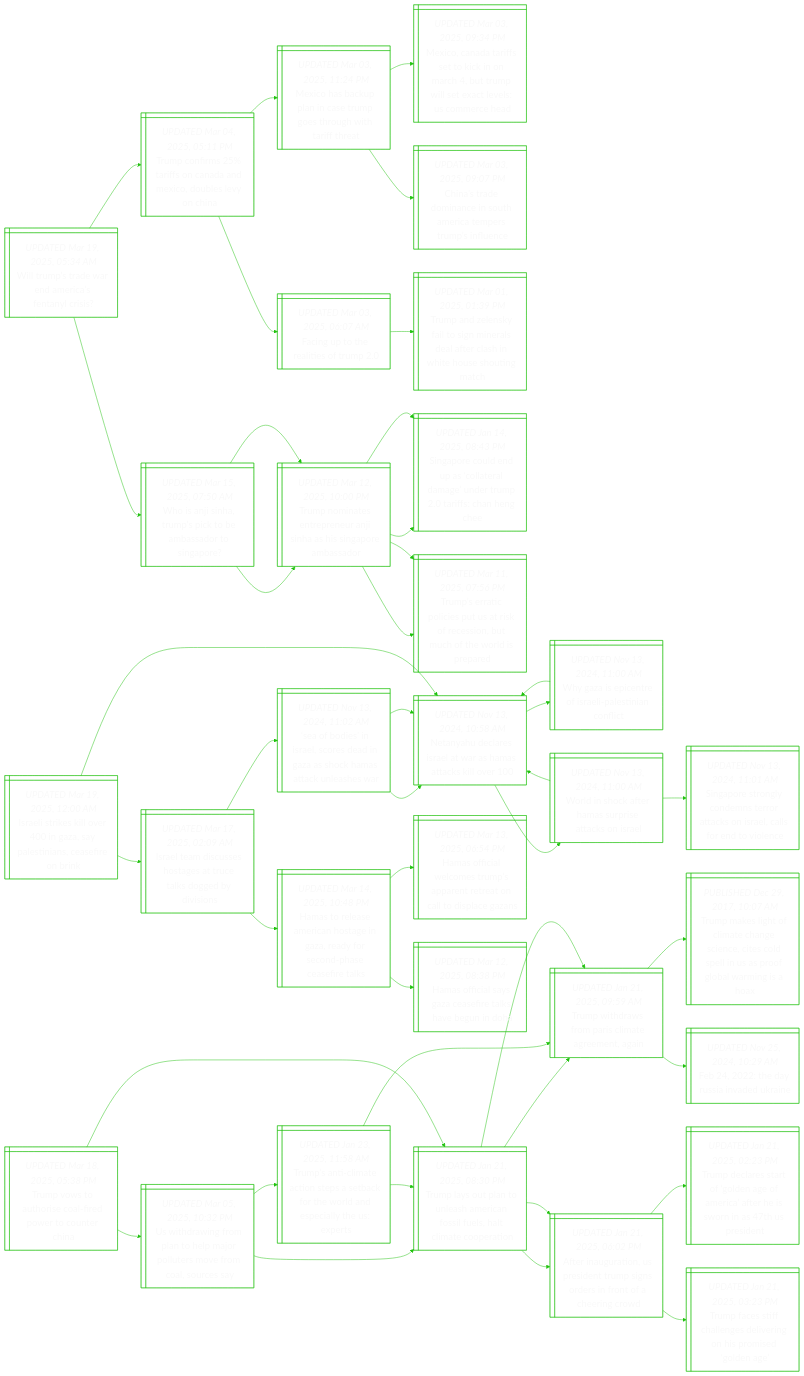
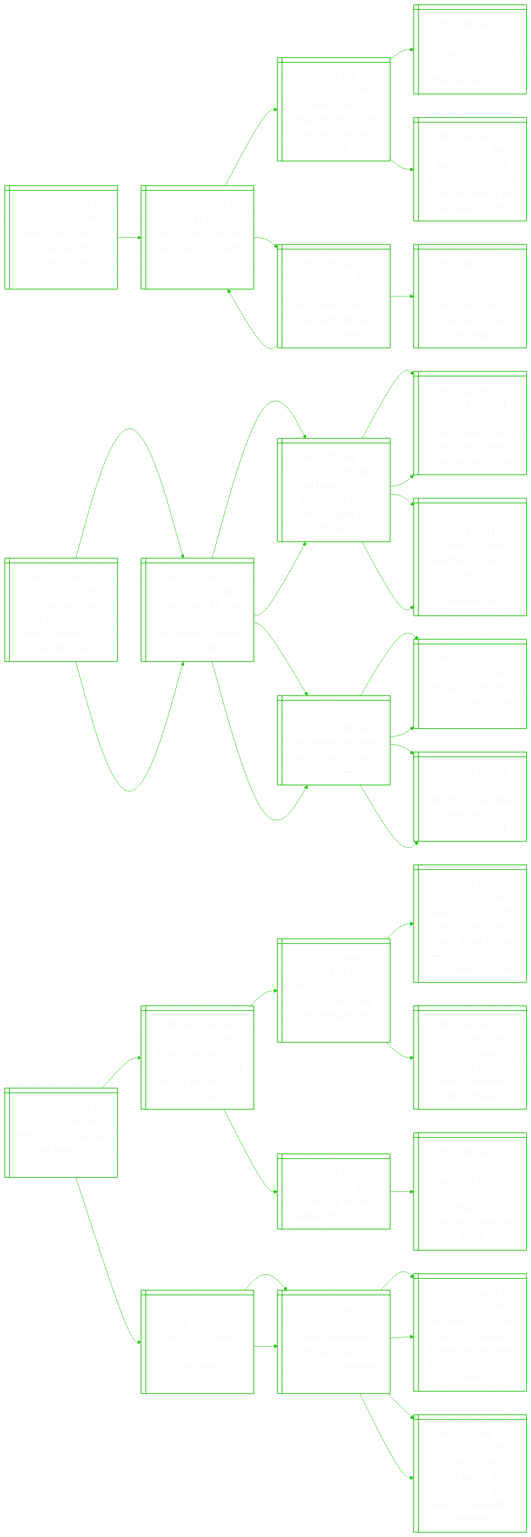
Before and after one commit to notJmes/notJmes: the diagram in README.md, drawn with Mermaid. The commit also changed other lines of this file, not shown here.

````diff
--- a/README.md
+++ b/README.md
@@ -15,6 +15,77 @@
 %%{init: {'theme':'base', 'themeVariables': {'primaryColor': "transparent", 'primaryTextColor': "#F9F9F9", 'lineColor': "#20C20E", 'primaryBorderColor':'#20C20E'}}}%%
 flowchart LR
 classDef txtsize font-size:20px;
+
+TPpcuhtofcfni@{ shape: win-pane, label: "_UPDATED Mar 19, 2025, 11:58 AM_
+Trump-putin phone call: russia had little to gain from a ceasefire in ukraine" }
+TPaotreyctar@{ shape: win-pane, label: "_UPDATED Mar 19, 2025, 11:08 AM_
+Trump, putin agree on halt in ukraine energy attacks, but no ceasefire" }
+UneSoocfnis@{ shape: win-pane, label: "_UPDATED Mar 12, 2025, 07:31 PM_
+Ukraine accepts us proposal for 30-day ceasefire in war with russia" }
+Unlyphaiogh@{ shape: win-pane, label: "_UPDATED Mar 01, 2025, 01:05 PM_
+Ukraine’s zelensky, trump clash in oval office shouting match" }
+Tfrsmawrmndlna@{ shape: win-pane, label: "_UPDATED Mar 12, 2025, 07:41 PM_
+Text of us-ukraine statement paving way for resumption of aid, intelligence sharing" }
+Unlysgcndlmp@{ shape: win-pane, label: "_UPDATED Mar 19, 2025, 05:24 AM_
+Ukraine’s zelensky backs energy truce, but needs ‘details’ from trump" }
+TPaotreyctar@{ shape: win-pane, label: "_UPDATED Mar 19, 2025, 11:08 AM_
+Trump, putin agree on halt in ukraine energy attacks, but no ceasefire" }
+Unlytsunnirg@{ shape: win-pane, label: "_UPDATED Mar 16, 2025, 10:13 PM_
+Ukraine’s zelensky says troops not surrounded in russia’s kursk region" }
+
+TPpcuhtofcfni:::txtsize --> TPaotreyctar:::txtsize
+TPaotreyctar:::txtsize --> UneSoocfnis:::txtsize
+UneSoocfnis:::txtsize --> Unlyphaiogh:::txtsize
+UneSoocfnis:::txtsize --> Tfrsmawrmndlna:::txtsize
+TPaotreyctar:::txtsize --> Unlysgcndlmp:::txtsize
+Unlysgcndlmp:::txtsize --> TPaotreyctar:::txtsize
+Unlysgcndlmp:::txtsize --> Unlytsunnirg:::txtsize
+
+Jhigenemiiiea@{ shape: win-pane, label: "_UPDATED Mar 19, 2025, 10:32 AM_
+‘just the beginning’: israel warns more to come as airstrikes kill over 400 in gaza" }
+Iliieaysaarr@{ shape: win-pane, label: "_UPDATED Mar 19, 2025, 12:00 AM_
+Israeli strikes kill over 400 in gaza, say palestinians, ceasefire on brink" }
+Ildsoeraobis@{ shape: win-pane, label: "_UPDATED Mar 17, 2025, 02:09 AM_
+Israel team discusses hostages at truce talks dogged by divisions" }
+Sbsrcdnacaale@{ shape: win-pane, label: "_UPDATED Nov 13, 2024, 11:02 AM_
+‘sea of bodies’ in israel, scores dead in gaza as shock hamas attack unleashes war" }
+Htematnrfcheil@{ shape: win-pane, label: "_UPDATED Mar 14, 2025, 10:48 PM_
+Hamas to release american hostage in gaza, ready for second-phase ceasefire talks" }
+NyeeawHakl@{ shape: win-pane, label: "_UPDATED Nov 13, 2024, 10:58 AM_
+Netanyahu declares israel at war as hamas attacks kill over 100" }
+WzptIleint@{ shape: win-pane, label: "_UPDATED Nov 13, 2024, 11:00 AM_
+Why gaza is epicentre of israeli-palestinian conflict" }
+Wiceapaks@{ shape: win-pane, label: "_UPDATED Nov 13, 2024, 11:00 AM_
+World in shock after hamas surprise attacks on israel" }
+Iliieaysaarr@{ shape: win-pane, label: "_UPDATED Mar 19, 2025, 12:00 AM_
+Israeli strikes kill over 400 in gaza, say palestinians, ceasefire on brink" }
+Ildsoeraobis@{ shape: win-pane, label: "_UPDATED Mar 17, 2025, 02:09 AM_
+Israel team discusses hostages at truce talks dogged by divisions" }
+Sbsrcdnacaale@{ shape: win-pane, label: "_UPDATED Nov 13, 2024, 11:02 AM_
+‘sea of bodies’ in israel, scores dead in gaza as shock hamas attack unleashes war" }
+Htematnrfcheil@{ shape: win-pane, label: "_UPDATED Mar 14, 2025, 10:48 PM_
+Hamas to release american hostage in gaza, ready for second-phase ceasefire talks" }
+NyeeawHakl@{ shape: win-pane, label: "_UPDATED Nov 13, 2024, 10:58 AM_
+Netanyahu declares israel at war as hamas attacks kill over 100" }
+WzptIleint@{ shape: win-pane, label: "_UPDATED Nov 13, 2024, 11:00 AM_
+Why gaza is epicentre of israeli-palestinian conflict" }
+Wiceapaks@{ shape: win-pane, label: "_UPDATED Nov 13, 2024, 11:00 AM_
+World in shock after hamas surprise attacks on israel" }
+
+Jhigenemiiiea:::txtsize --> Iliieaysaarr:::txtsize
+Iliieaysaarr:::txtsize --> Ildsoeraobis:::txtsize
+Ildsoeraobis:::txtsize --> Sbsrcdnacaale:::txtsize
+Ildsoeraobis:::txtsize --> Htematnrfcheil:::txtsize
+Iliieaysaarr:::txtsize --> NyeeawHakl:::txtsize
+NyeeawHakl:::txtsize --> WzptIleint:::txtsize
+NyeeawHakl:::txtsize --> Wiceapaks:::txtsize
+Jhigenemiiiea:::txtsize --> Iliieaysaarr:::txtsize
+Iliieaysaarr:::txtsize --> Ildsoeraobis:::txtsize
+Ildsoeraobis:::txtsize --> Sbsrcdnacaale:::txtsize
+Ildsoeraobis:::txtsize --> Htematnrfcheil:::txtsize
+Iliieaysaarr:::txtsize --> NyeeawHakl:::txtsize
+NyeeawHakl:::txtsize --> WzptIleint:::txtsize
+NyeeawHakl:::txtsize --> Wiceapaks:::txtsize
 
 Wrtwdieys@{ shape: win-pane, label: "_UPDATED Mar 19, 2025, 05:34 AM_
 Will trump’s trade war end america’s fentanyl crisis?" }
@@ -59,93 +130,4 @@
 TnanrrSaSpma:::txtsize --> Sponsalgemihne:::txtsize
 TnanrrSaSpma:::txtsize --> TstlsSseitowip:::txtsize
 
-Iliieaysaarr@{ shape: win-pane, label: "_UPDATED Mar 19, 2025, 12:00 AM_
-Israeli strikes kill over 400 in gaza, say palestinians, ceasefire on brink" }
-Ildsoeraobis@{ shape: win-pane, label: "_UPDATED Mar 17, 2025, 02:09 AM_
-Israel team discusses hostages at truce talks dogged by divisions" }
-Sbsrcdnacaale@{ shape: win-pane, label: "_UPDATED Nov 13, 2024, 11:02 AM_
-‘sea of bodies’ in israel, scores dead in gaza as shock hamas attack unleashes war" }
-NyeeawHakl@{ shape: win-pane, label: "_UPDATED Nov 13, 2024, 10:58 AM_
-Netanyahu declares israel at war as hamas attacks kill over 100" }
-NyeeawHakl@{ shape: win-pane, label: "_UPDATED Nov 13, 2024, 10:58 AM_
-Netanyahu declares israel at war as hamas attacks kill over 100" }
-Htematnrfcheil@{ shape: win-pane, label: "_UPDATED Mar 14, 2025, 10:48 PM_
-Hamas to release american hostage in gaza, ready for second-phase ceasefire talks" }
-Hoilsparaadaz@{ shape: win-pane, label: "_UPDATED Mar 13, 2025, 06:54 PM_
-Hamas official welcomes trump’s apparent retreat on call to displace gazans" }
-Hoiyaethen@{ shape: win-pane, label: "_UPDATED Mar 12, 2025, 08:38 PM_
-Hamas official says gaza ceasefire talks have begun in doha" }
-NyeeawHakl@{ shape: win-pane, label: "_UPDATED Nov 13, 2024, 10:58 AM_
-Netanyahu declares israel at war as hamas attacks kill over 100" }
-WzptIleint@{ shape: win-pane, label: "_UPDATED Nov 13, 2024, 11:00 AM_
-Why gaza is epicentre of israeli-palestinian conflict" }
-NyeeawHakl@{ shape: win-pane, label: "_UPDATED Nov 13, 2024, 10:58 AM_
-Netanyahu declares israel at war as hamas attacks kill over 100" }
-Wiceapaks@{ shape: win-pane, label: "_UPDATED Nov 13, 2024, 11:00 AM_
-World in shock after hamas surprise attacks on israel" }
-NyeeawHakl@{ shape: win-pane, label: "_UPDATED Nov 13, 2024, 10:58 AM_
-Netanyahu declares israel at war as hamas attacks kill over 100" }
-SptldtrcIlsnic@{ shape: win-pane, label: "_UPDATED Nov 13, 2024, 11:01 AM_
-Singapore strongly condemns terror attacks on israel, calls for end to violence" }
-
-Iliieaysaarr:::txtsize --> Ildsoeraobis:::txtsize
-Ildsoeraobis:::txtsize --> Sbsrcdnacaale:::txtsize
-Sbsrcdnacaale:::txtsize --> NyeeawHakl:::txtsize
-Sbsrcdnacaale:::txtsize --> NyeeawHakl:::txtsize
-Ildsoeraobis:::txtsize --> Htematnrfcheil:::txtsize
-Htematnrfcheil:::txtsize --> Hoilsparaadaz:::txtsize
-Htematnrfcheil:::txtsize --> Hoiyaethen:::txtsize
-Iliieaysaarr:::txtsize --> NyeeawHakl:::txtsize
-NyeeawHakl:::txtsize --> WzptIleint:::txtsize
-WzptIleint:::txtsize --> NyeeawHakl:::txtsize
-NyeeawHakl:::txtsize --> Wiceapaks:::txtsize
-Wiceapaks:::txtsize --> NyeeawHakl:::txtsize
-Wiceapaks:::txtsize --> SptldtrcIlsnic:::txtsize
-
-Tvoociooti@{ shape: win-pane, label: "_UPDATED Mar 18, 2025, 05:38 PM_
-Trump vows to authorise coal-fired power to counter china" }
-Uhionlolsfous@{ shape: win-pane, label: "_UPDATED Mar 05, 2025, 10:32 PM_
-Us withdrawing from plan to help major polluters move from coal, sources say" }
-TlunlAcsuaicrn@{ shape: win-pane, label: "_UPDATED Jan 21, 2025, 08:30 PM_
-Trump lays out plan to unleash american fossil fuels, halt climate cooperation" }
-Twrrriamg@{ shape: win-pane, label: "_UPDATED Jan 21, 2025, 09:59 AM_
-Trump withdraws from paris climate agreement, again" }
-Aiuoreugdnthnw@{ shape: win-pane, label: "_UPDATED Jan 21, 2025, 06:02 PM_
-After inauguration, us president trump signs orders in front of a cheering crowd" }
-TsctieekhleitEt@{ shape: win-pane, label: "_UPDATED Jan 23, 2025, 11:58 AM_
-Trump’s anti-climate action steps a setback for the world and especially the us: experts" }
-Twrrriamg@{ shape: win-pane, label: "_UPDATED Jan 21, 2025, 09:59 AM_
-Trump withdraws from paris climate agreement, again" }
-TlunlAcsuaicrn@{ shape: win-pane, label: "_UPDATED Jan 21, 2025, 08:30 PM_
-Trump lays out plan to unleash american fossil fuels, halt climate cooperation" }
-TlunlAcsuaicrn@{ shape: win-pane, label: "_UPDATED Jan 21, 2025, 08:30 PM_
-Trump lays out plan to unleash american fossil fuels, halt climate cooperation" }
-Twrrriamg@{ shape: win-pane, label: "_UPDATED Jan 21, 2025, 09:59 AM_
-Trump withdraws from paris climate agreement, again" }
-Tmlomhscedlaobria@{ shape: win-pane, label: "_PUBLISHED Dec 29, 2017, 10:07 AM_
-Trump makes light of climate change science, cites cold spell in us as proof global warming is a hoax" }
-Feuiea@{ shape: win-pane, label: "_UPDATED Nov 25, 2024, 10:29 AM_
-Feb 24, 2022: the day russia invaded ukraine" }
-Aiuoreugdnthnw@{ shape: win-pane, label: "_UPDATED Jan 21, 2025, 06:02 PM_
-After inauguration, us president trump signs orders in front of a cheering crowd" }
-TdragnfitirsPd@{ shape: win-pane, label: "_UPDATED Jan 21, 2025, 02:23 PM_
-Trump declares start of ‘golden age of america’ after he is sworn in as 47th us president" }
-Tfscedeopslg@{ shape: win-pane, label: "_UPDATED Jan 21, 2025, 03:23 PM_
-Trump faces stiff challenges delivering on his promised ‘golden age’" }
-
-Tvoociooti:::txtsize --> Uhionlolsfous:::txtsize
-Uhionlolsfous:::txtsize --> TlunlAcsuaicrn:::txtsize
-TlunlAcsuaicrn:::txtsize --> Twrrriamg:::txtsize
-TlunlAcsuaicrn:::txtsize --> Aiuoreugdnthnw:::txtsize
-Uhionlolsfous:::txtsize --> TsctieekhleitEt:::txtsize
-TsctieekhleitEt:::txtsize --> Twrrriamg:::txtsize
-TsctieekhleitEt:::txtsize --> TlunlAcsuaicrn:::txtsize
-Tvoociooti:::txtsize --> TlunlAcsuaicrn:::txtsize
-TlunlAcsuaicrn:::txtsize --> Twrrriamg:::txtsize
-Twrrriamg:::txtsize --> Tmlomhscedlaobria:::txtsize
-Twrrriamg:::txtsize --> Feuiea:::txtsize
-TlunlAcsuaicrn:::txtsize --> Aiuoreugdnthnw:::txtsize
-Aiuoreugdnthnw:::txtsize --> TdragnfitirsPd:::txtsize
-Aiuoreugdnthnw:::txtsize --> Tfscedeopslg:::txtsize
-
 ```
````
